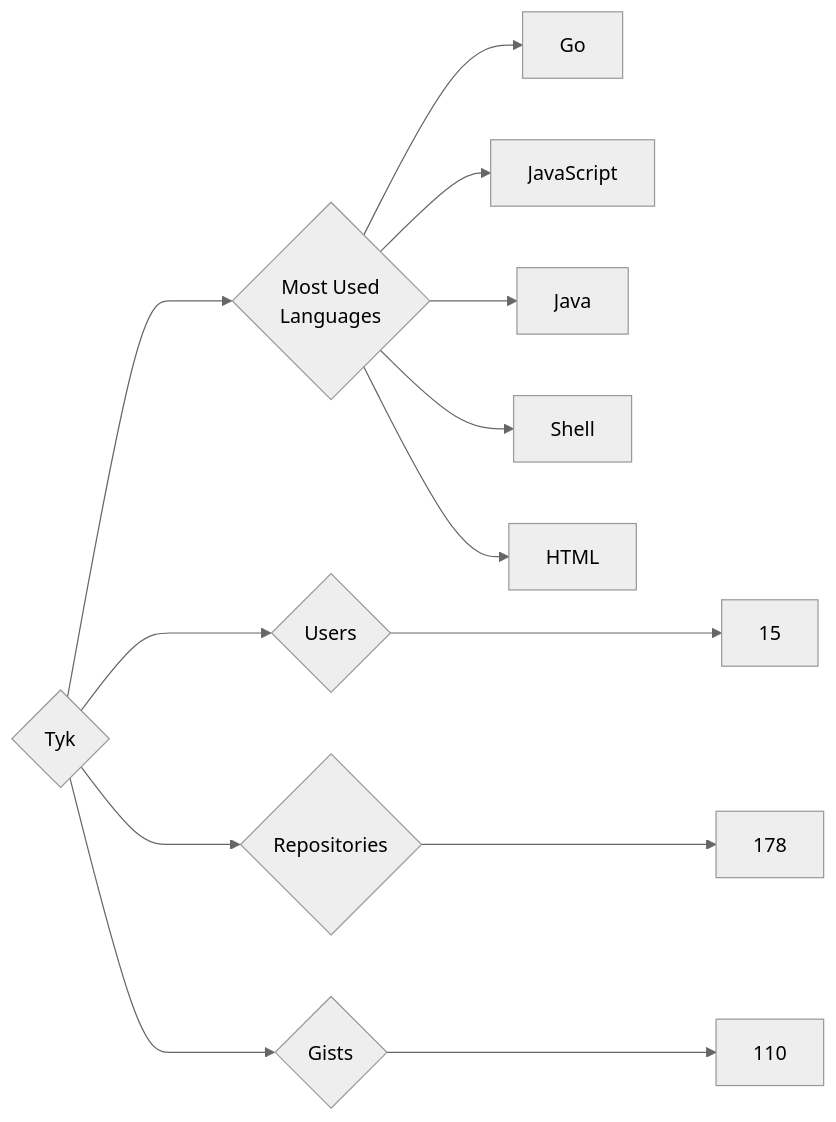
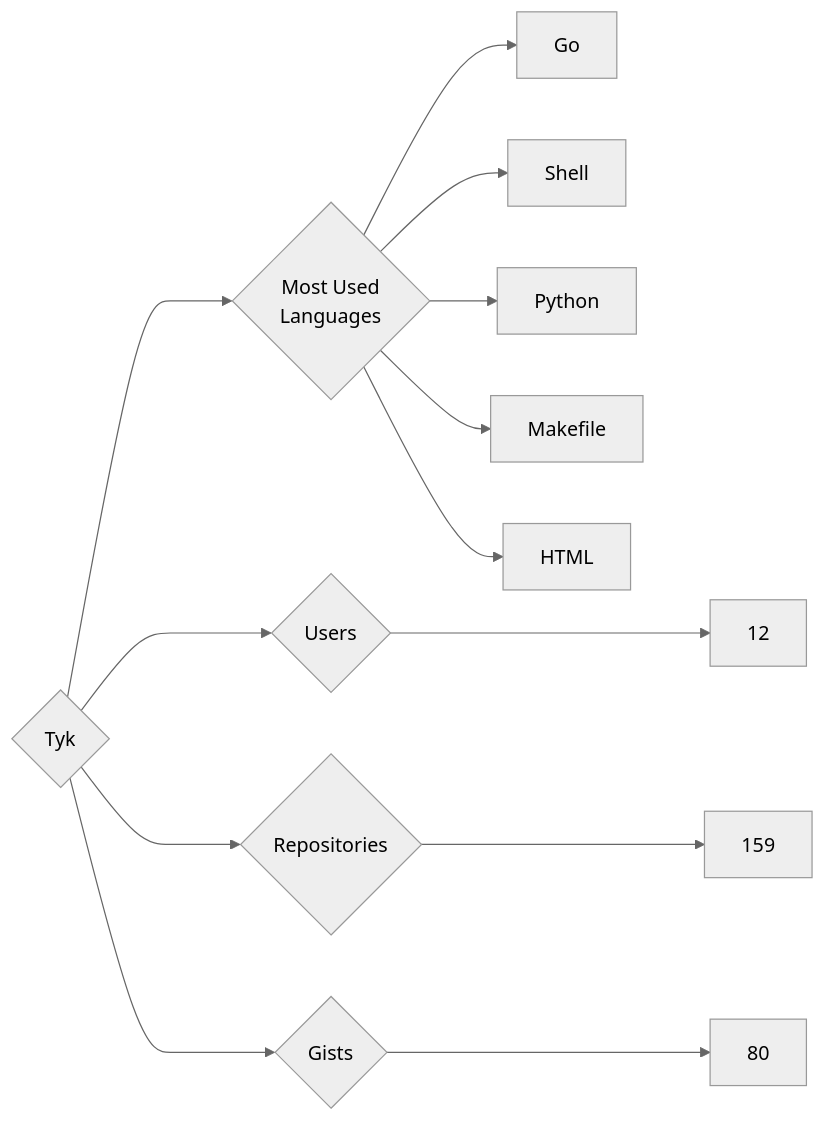
Before and after one commit to trickest/insiders: the diagram in targets/Tyk/README.md, drawn with Mermaid (neutral theme). The commit also changed 970 other files, not shown here.

````diff
--- a/targets/Tyk/README.md
+++ b/targets/Tyk/README.md
@@ -3,13 +3,13 @@
 ```mermaid
 graph LR
 COMPANY_NAME{Tyk}
-COMPANY_NAME ---> U{Users} ---> UN[15]
-COMPANY_NAME ---> R{Repositories} ---> RN[178]
-COMPANY_NAME ---> G{Gists} ---> GN[110]
+COMPANY_NAME ---> U{Users} ---> UN[12]
+COMPANY_NAME ---> R{Repositories} ---> RN[159]
+COMPANY_NAME ---> G{Gists} ---> GN[80]
 COMPANY_NAME ---> ML{Most Used<br>Languages}
 ML --> Go[Go]
-ML --> JavaScript[JavaScript]
-ML --> Java[Java]
 ML --> Shell[Shell]
+ML --> Python[Python]
+ML --> Makefile[Makefile]
 ML --> HTML[HTML]
 ```
````
